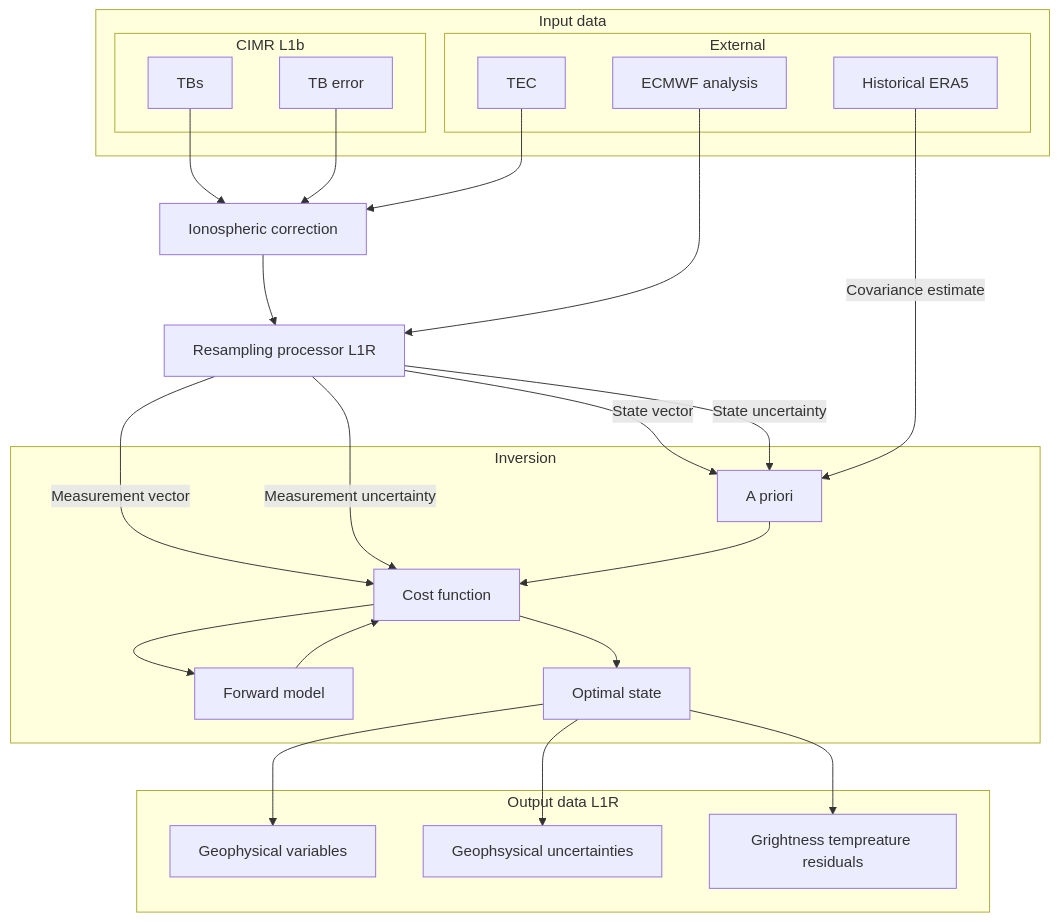
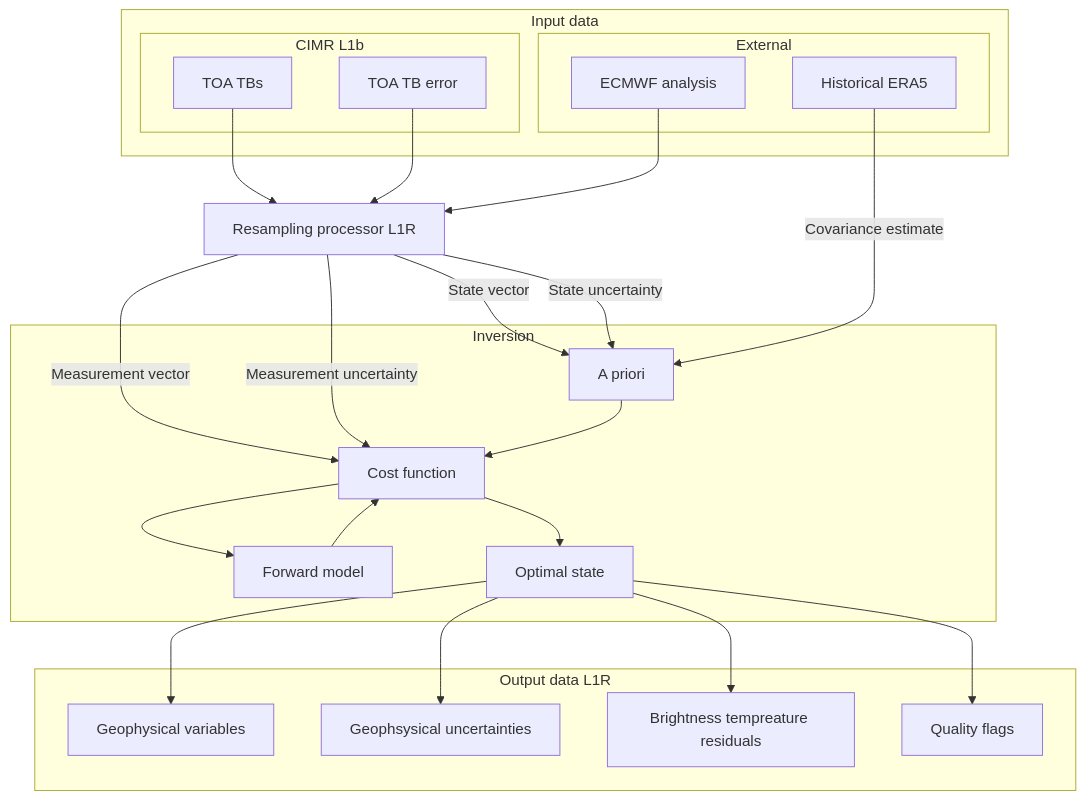
One commit to CIMR-Algos/MultiParameter_ATBD changed the diagram in book/baseline_algorithm_definition.md. Above: the diagram before and after it, drawn with Mermaid. The commit also changed other lines of this file and 8 other files, not shown here.

````diff
--- a/book/baseline_algorithm_definition.md
+++ b/book/baseline_algorithm_definition.md
@@ -8,52 +24,48 @@
 ```{mermaid}
 graph TD
 	subgraph Input data
 		subgraph CIMR L1b
-			TBs[TBs]
-			TBe[TB error]
+			TBs[TOA TBs]
+			TBe[TOA TB error]
 		end
 		subgraph External
-			TEC[TEC]
 			ECMWF[ECMWF analysis]
 			ERA5["Historical ERA5"]
 		end
 	end
 	subgraph Inversion
 		F[Forward model]
 		cost[Cost function]
 		apriori[A priori] 
 		OS[Optimal state]
 
 	end
 
 	subgraph Output data L1R
 		geo[Geophysical variables]
 		unc[Geophsysical uncertainties]
-		outtb[Grightness tempreature residuals]
+		outtb[Brightness tempreature residuals]
+		flags[Quality flags]
 	end
 
 	resampling[Resampling processor L1R]
-	icorr[Ionospheric correction]
 
-	TBs --> icorr
-	TBe --> icorr
-	TEC --> icorr
-
-
-	icorr --> resampling
+	TBs --> resampling
+	TBe --> resampling
 	ECMWF --> resampling
 	resampling -- Measurement vector --> cost
 	resampling -- Measurement uncertainty --> cost
 	resampling -- State vector --> apriori 
 	resampling -- State uncertainty --> apriori
 
 	ERA5 --Covariance estimate--> apriori
 	apriori --> cost
 	F-->cost
 	cost-->F
 
 	cost --> OS
 	OS --> geo
 	OS --> unc 
 	OS --> outtb
+	OS --> flags
 ```
````
